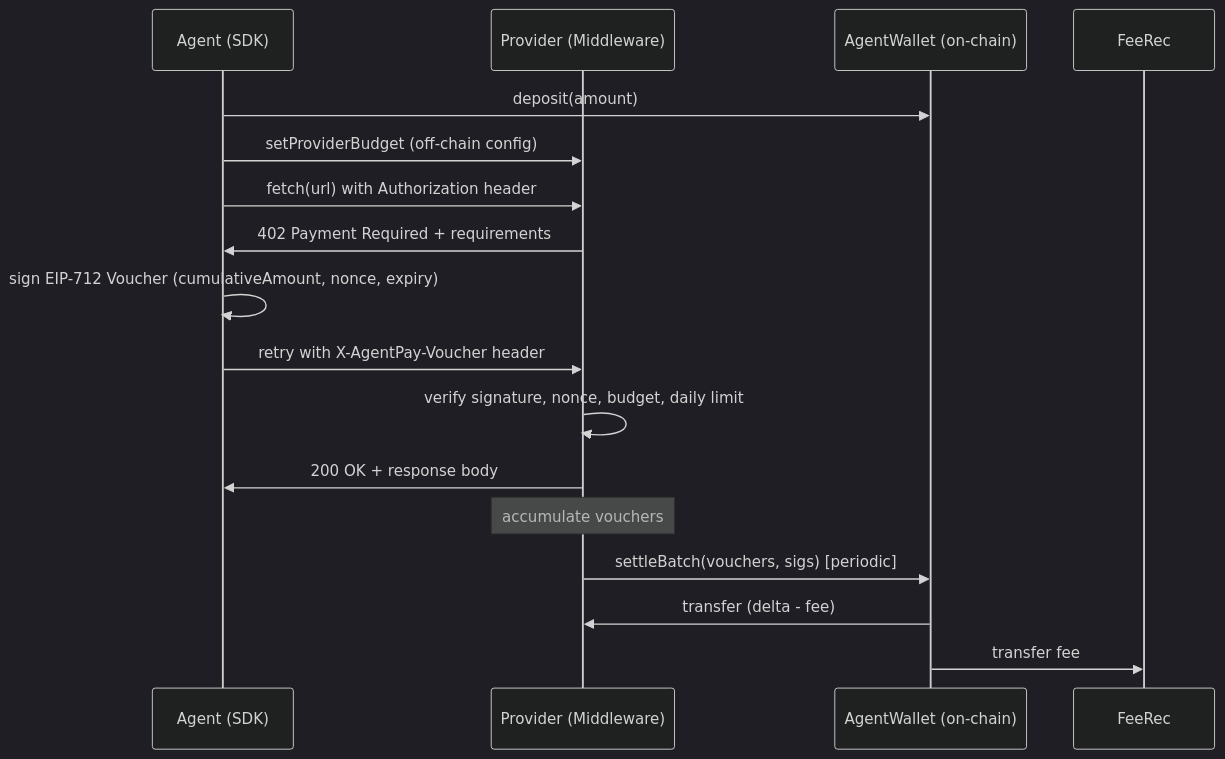
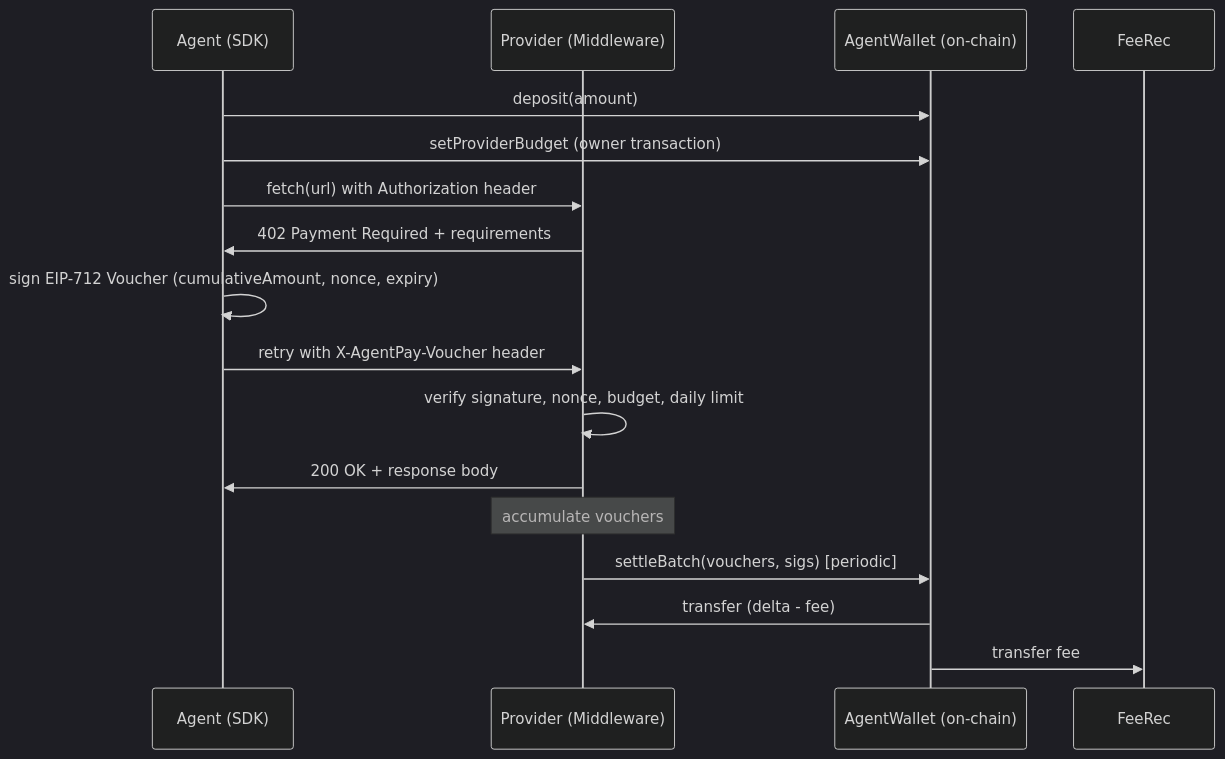
The diagram in docs/ARCHITECTURE.md (JohnsonNguyen-coll/sluice), drawn with Mermaid (dark theme) before and after one commit. The commit also changed other lines of this file and 91 other files, not shown here.

````diff
--- a/docs/ARCHITECTURE.md
+++ b/docs/ARCHITECTURE.md
@@ -7,19 +7,19 @@
 ```mermaid
 sequenceDiagram
     participant A as Agent (SDK)
     participant P as Provider (Middleware)
     participant C as AgentWallet (on-chain)
 
     A->>C: deposit(amount)
-    A->>P: setProviderBudget (off-chain config)
+    A->>C: setProviderBudget (owner transaction)
     A->>P: fetch(url) with Authorization header
     P->>A: 402 Payment Required + requirements
     A->>A: sign EIP-712 Voucher (cumulativeAmount, nonce, expiry)
     A->>P: retry with X-AgentPay-Voucher header
     P->>P: verify signature, nonce, budget, daily limit
     P->>A: 200 OK + response body
     Note over P: accumulate vouchers
     P->>C: settleBatch(vouchers, sigs) [periodic]
     C->>P: transfer (delta - fee)
     C->>FeeRec: transfer fee
 ```
````
